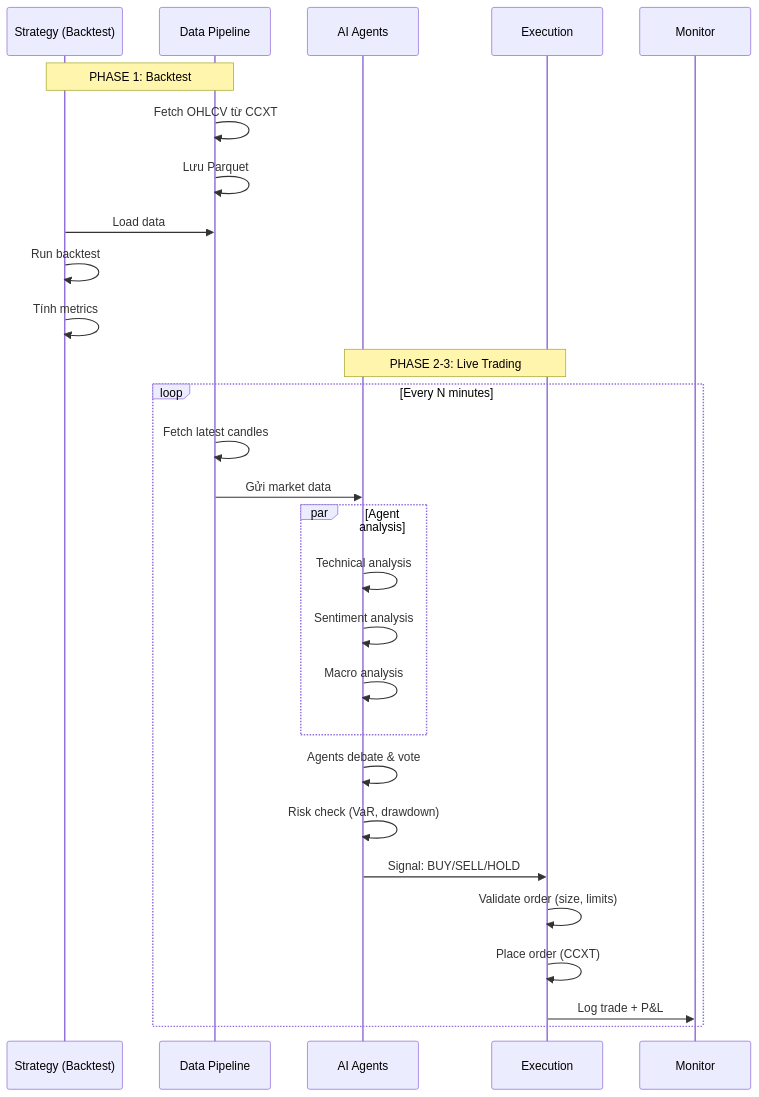
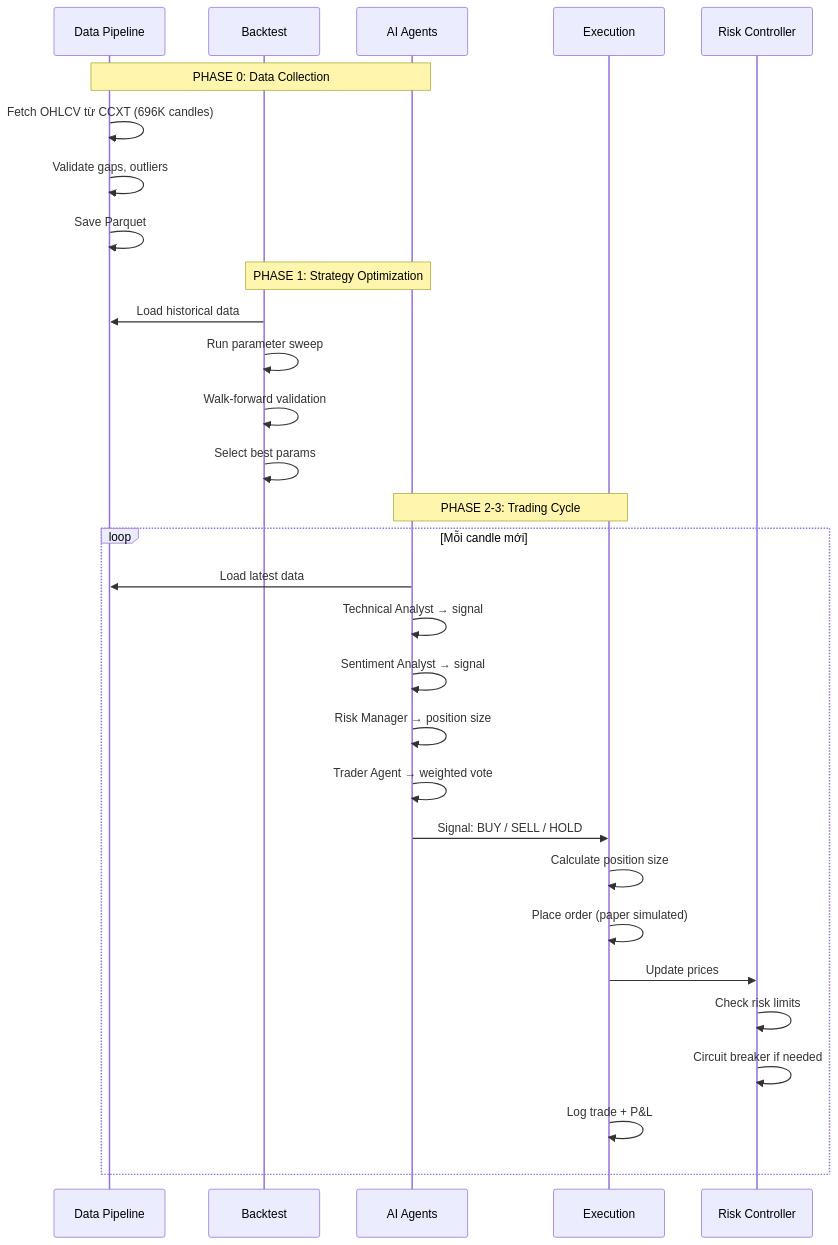
One commit to huythongbk15/LearnTradeAgent changed the second of 3 diagrams in docs/architecture.md. Above: the diagram before and after it, drawn with Mermaid. The commit also changed other lines of this file and 38 other files, not shown here.

First line of the commit message:
Phase 3: Execution & Risk Management + Full Documentation Update

````diff
--- a/docs/architecture.md
+++ b/docs/architecture.md
@@ -82,32 +65,35 @@
 ```mermaid
 sequenceDiagram
-    participant S as Strategy (Backtest)
     participant D as Data Pipeline
+    participant S as Backtest
     participant A as AI Agents
     participant E as Execution
-    participant M as Monitor
+    participant R as Risk Controller
 
-    Note over S,D: PHASE 1: Backtest
-    D->>D: Fetch OHLCV từ CCXT
-    D->>D: Lưu Parquet
-    S->>D: Load data
-    S->>S: Run backtest
-    S->>S: Tính metrics
+    Note over D,A: PHASE 0: Data Collection
+    D->>D: Fetch OHLCV từ CCXT (696K candles)
+    D->>D: Validate gaps, outliers
+    D->>D: Save Parquet
 
-    Note over A,E: PHASE 2-3: Live Trading
-    loop Every N minutes
-        D->>D: Fetch latest candles
-        D->>A: Gửi market data
-        par Agent analysis
-            A->>A: Technical analysis
-            A->>A: Sentiment analysis
-            A->>A: Macro analysis
-        end
-        A->>A: Agents debate & vote
-        A->>A: Risk check (VaR, drawdown)
-        A->>E: Signal: BUY/SELL/HOLD
-        E->>E: Validate order (size, limits)
-        E->>E: Place order (CCXT)
-        E->>M: Log trade + P&L
+    Note over S,A: PHASE 1: Strategy Optimization
+    S->>D: Load historical data
+    S->>S: Run parameter sweep
+    S->>S: Walk-forward validation
+    S->>S: Select best params
+
+    Note over A,E: PHASE 2-3: Trading Cycle
+    loop Mỗi candle mới
+        A->>D: Load latest data
+        A->>A: Technical Analyst → signal
+        A->>A: Sentiment Analyst → signal
+        A->>A: Risk Manager → position size
+        A->>A: Trader Agent → weighted vote
+        A->>E: Signal: BUY / SELL / HOLD
+        E->>E: Calculate position size
+        E->>E: Place order (paper simulated)
+        E->>R: Update prices
+        R->>R: Check risk limits
+        R->>R: Circuit breaker if needed
+        E->>E: Log trade + P&L
     end
 ```
````
